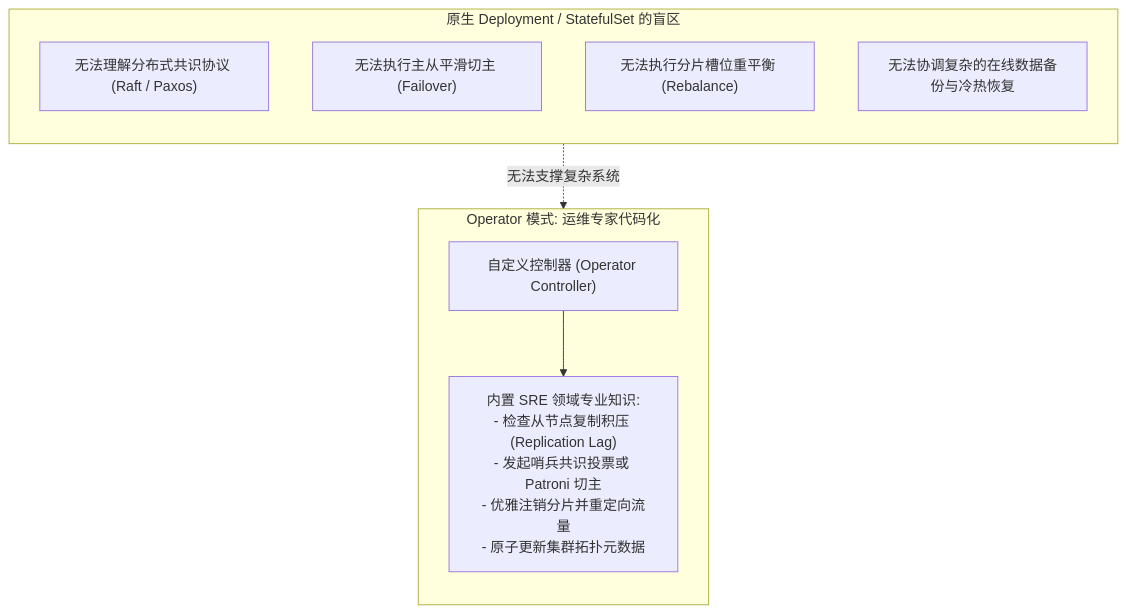
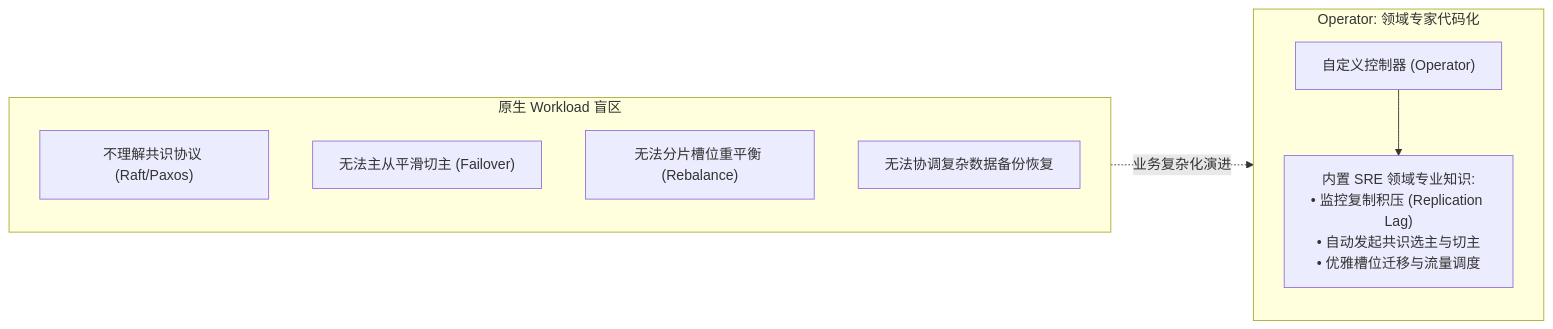
One commit to MoreConsequence/MoreConsequence.github.io changed the first of 8 diagrams in content/posts/kubernetes-internals/k8s-09-deployment-crd-operator-reconciliation.md. Above: the diagram before and after it, drawn with Mermaid. The commit also changed other lines of this file and 835 other files, not shown here.

First line of the commit message:
feat(blog): 全站33篇新增深度专栏与博文全量审核上线及矢量图表优化

````diff
--- a/content/posts/kubernetes-internals/k8s-09-deployment-crd-operator-reconciliation.md
+++ b/content/posts/kubernetes-internals/k8s-09-deployment-crd-operator-reconciliation.md
@@ -48,19 +48,19 @@
 ```mermaid
-flowchart TD
-    subgraph NativeLimit["原生 Deployment / StatefulSet 的盲区"]
+flowchart LR
+    subgraph NativeLimit["原生 Workload 盲区"]
         direction TB
-        F1["无法理解分布式共识协议 (Raft / Paxos)"]
-        F2["无法执行主从平滑切主 (Failover)"]
-        F3["无法执行分片槽位重平衡 (Rebalance)"]
-        F4["无法协调复杂的在线数据备份与冷热恢复"]
+        F1["不理解共识协议 (Raft/Paxos)"]
+        F2["无法主从平滑切主 (Failover)"]
+        F3["无法分片槽位重平衡 (Rebalance)"]
+        F4["无法协调复杂数据备份恢复"]
     end
 
-    subgraph OperatorPower["Operator 模式: 运维专家代码化"]
+    subgraph OperatorPower["Operator: 领域专家代码化"]
         direction TB
-        Op["自定义控制器 (Operator Controller)"]
-        DomainKnowledge["内置 SRE 领域专业知识:<br/>- 检查从节点复制积压 (Replication Lag)<br/>- 发起哨兵共识投票或 Patroni 切主<br/>- 优雅注销分片并重定向流量<br/>- 原子更新集群拓扑元数据"]
+        Op["自定义控制器 (Operator)"]
+        DomainKnowledge["内置 SRE 领域专业知识:<br/>• 监控复制积压 (Replication Lag)<br/>• 自动发起共识选主与切主<br/>• 优雅槽位迁移与流量调度"]
         Op --> DomainKnowledge
     end
 
-    NativeLimit -. "无法支撑复杂系统" .-> OperatorPower
+    NativeLimit -. "业务复杂化演进" .-> OperatorPower
 ```
````
